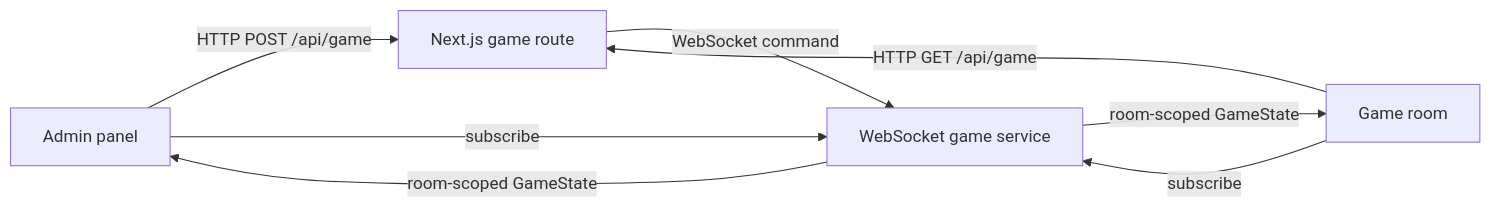
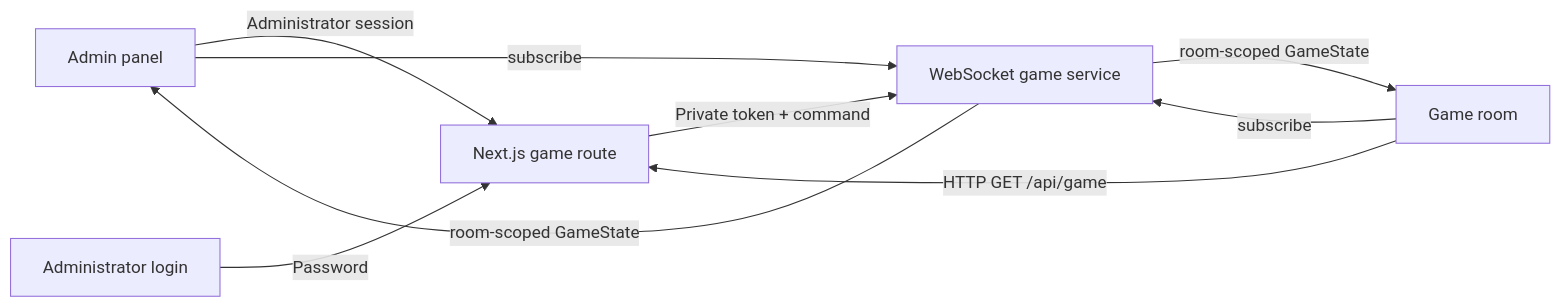
Before and after one commit to verhese/bingo: the diagram in docs/ARCHITECTURE.md, drawn with Mermaid. The commit also changed other lines of this file and 28 other files, not shown here.

First line of the commit message:
feat: implement administrator authentication and session management

````diff
--- a/docs/ARCHITECTURE.md
+++ b/docs/ARCHITECTURE.md
@@ -7,10 +7,11 @@
 ```mermaid
 flowchart LR
-  Admin[Admin panel] -->|HTTP POST /api/game| Api[Next.js game route]
+  Admin[Admin panel] -->|Administrator session| Api[Next.js game route]
+  Login[Administrator login] -->|Password| Api
   Room[Game room] -->|HTTP GET /api/game| Api
-  Api -->|WebSocket command| Service[WebSocket game service]
+  Api -->|Private token + command| Service[WebSocket game service]
   Admin -->|subscribe| Service
   Room -->|subscribe| Service
   Service -->|room-scoped GameState| Admin
   Service -->|room-scoped GameState| Room
 ```
````
